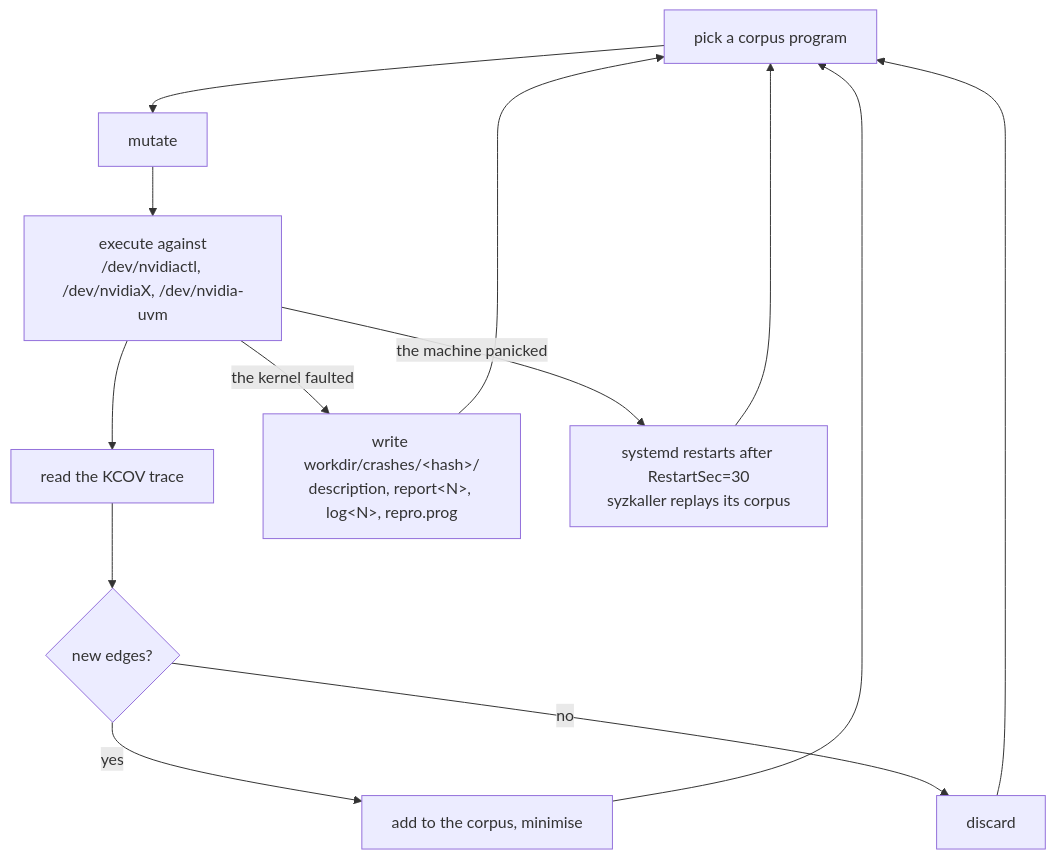
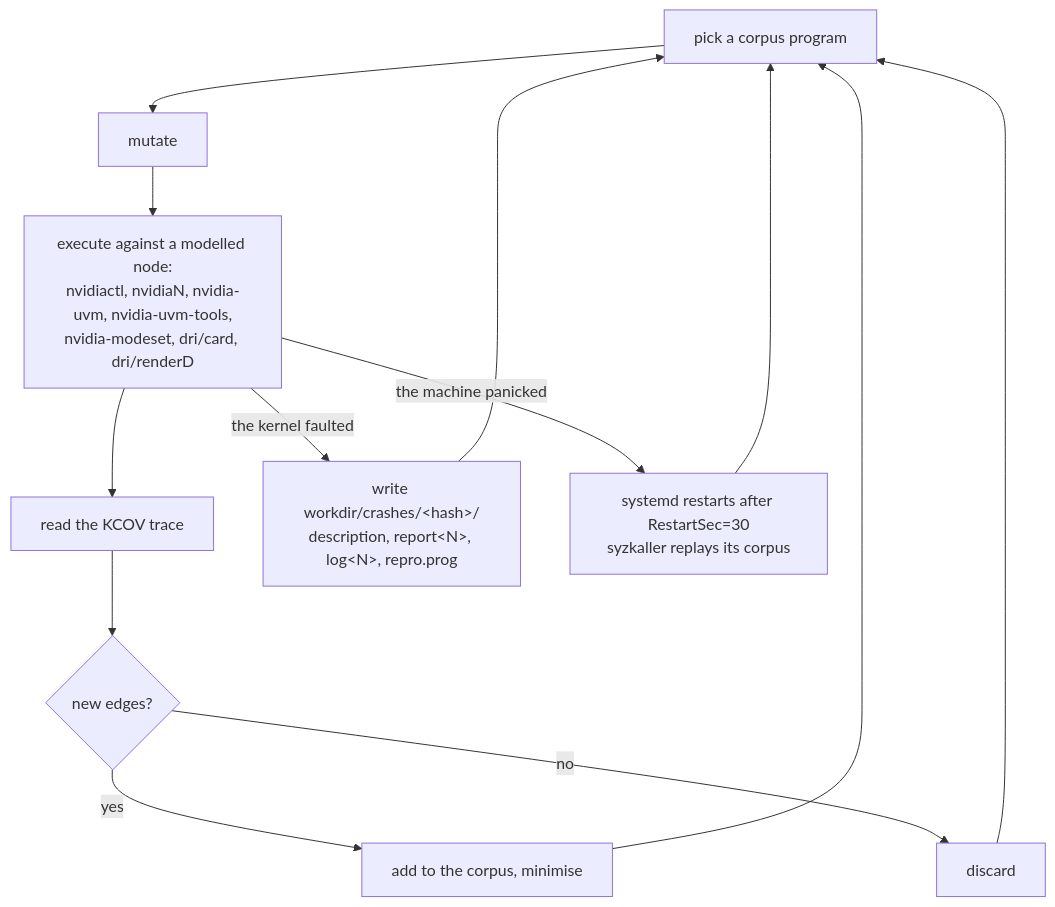
Before and after one commit to Indspl0it/gspwn: the third of 10 diagrams in docs/src/content/docs/architecture/loops.md, drawn with Mermaid. The commit also changed other lines of this file and 129 other files, not shown here.

````diff
--- a/docs/src/content/docs/architecture/loops.md
+++ b/docs/src/content/docs/architecture/loops.md
@@ -155,15 +153,15 @@
 ```mermaid
 flowchart TB
   P["pick a corpus program"] --> MU["mutate"]
-  MU --> EX["execute against<br/>/dev/nvidiactl, /dev/nvidiaX, /dev/nvidia-uvm"]
+  MU --> EX["execute against a modelled node:<br/>nvidiactl, nvidiaN, nvidia-uvm, nvidia-uvm-tools,<br/>nvidia-modeset, dri/card, dri/renderD"]
   EX --> KC["read the KCOV trace"]
   KC --> NEW{"new edges?"}
   NEW -->|yes| ADD["add to the corpus, minimise"]
   NEW -->|no| DIS["discard"]
   ADD --> P
   DIS --> P
   EX -->|"the kernel faulted"| CR["write workdir/crashes/&lt;hash&gt;/<br/>description, report&lt;N&gt;, log&lt;N&gt;, repro.prog"]
   CR --> P
   EX -->|"the machine panicked"| RS["systemd restarts after RestartSec=30<br/>syzkaller replays its corpus"]
   RS --> P
 ```
````
